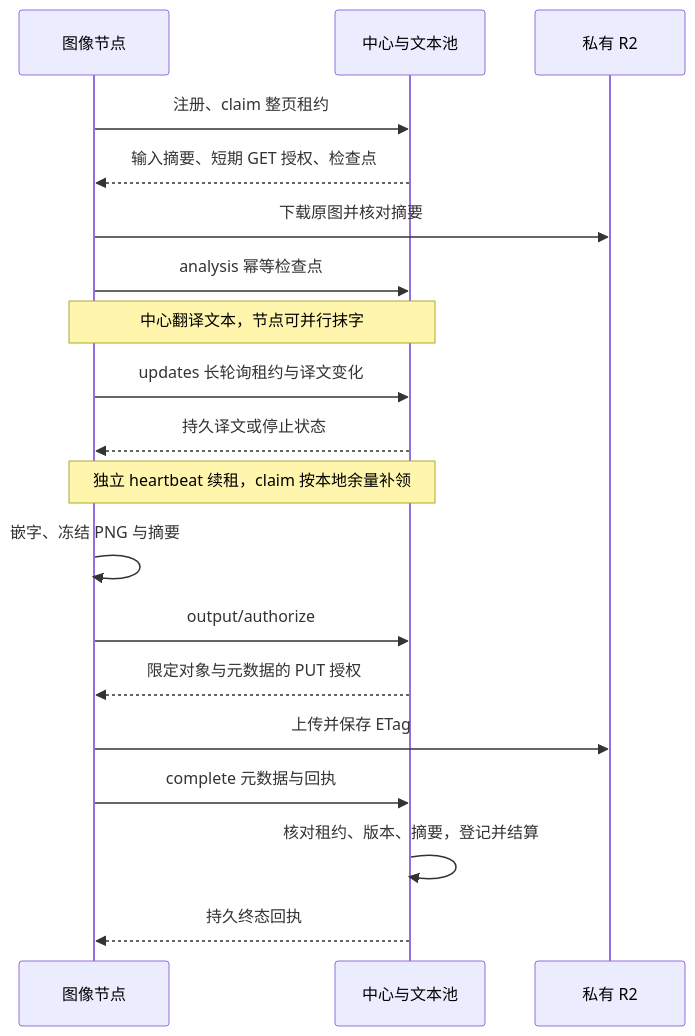
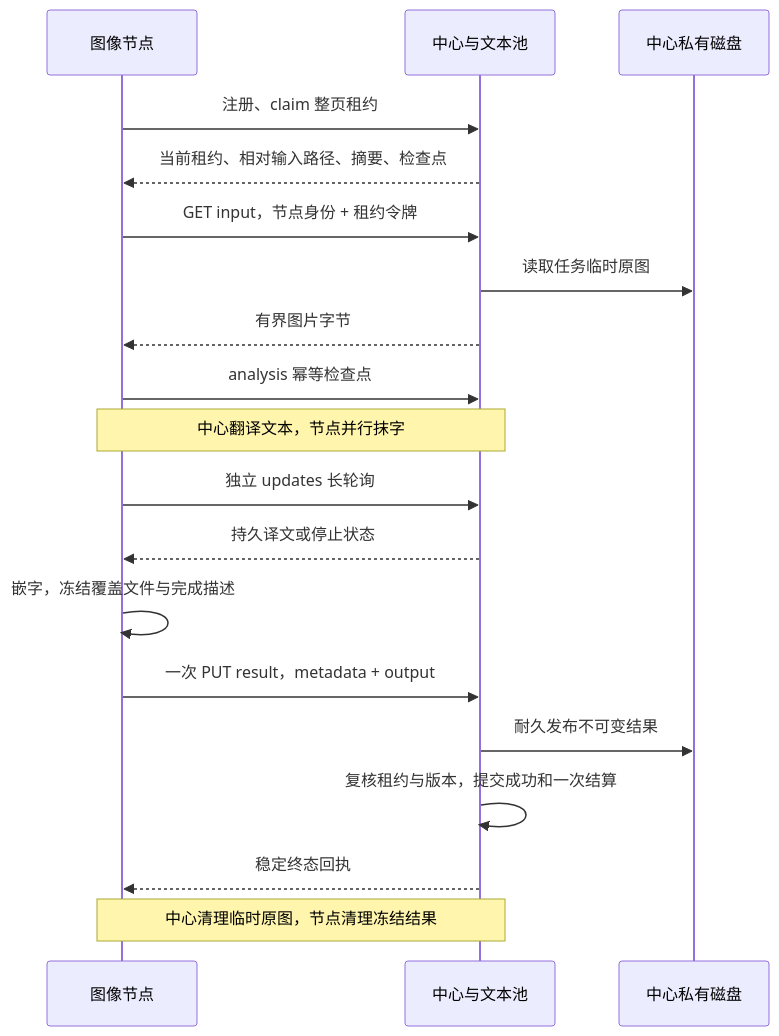
Before and after one commit to Wy2926/node-comics: the diagram in docs/COMPUTE_PROTOCOL.md, drawn with Mermaid. The commit also changed other lines of this file and 277 other files, not shown here.

````diff
--- a/docs/COMPUTE_PROTOCOL.md
+++ b/docs/COMPUTE_PROTOCOL.md
@@ -11,21 +11,21 @@
 ```mermaid
 sequenceDiagram
     participant N as 图像节点
     participant C as 中心与文本池
-    participant S as 私有 R2
+    participant F as 中心私有磁盘
     N->>C: 注册、claim 整页租约
-    C-->>N: 输入摘要、短期 GET 授权、检查点
-    N->>S: 下载原图并核对摘要
+    C-->>N: 当前租约、相对输入路径、摘要、检查点
+    N->>C: GET input，节点身份 + 租约令牌
+    C->>F: 读取任务临时原图
+    C-->>N: 有界图片字节
     N->>C: analysis 幂等检查点
-    Note over N,C: 中心翻译文本，节点可并行抹字
-    N->>C: updates 长轮询租约与译文变化
+    Note over N,C: 中心翻译文本，节点并行抹字
+    N->>C: 独立 updates 长轮询
     C-->>N: 持久译文或停止状态
-    Note over N,C: 独立 heartbeat 续租，claim 按本地余量补领
-    N->>N: 嵌字、冻结 PNG 与摘要
-    N->>C: output/authorize
-    C-->>N: 限定对象与元数据的 PUT 授权
-    N->>S: 上传并保存 ETag
-    N->>C: complete 元数据与回执
-    C->>C: 核对租约、版本、摘要，登记并结算
-    C-->>N: 持久终态回执
+    N->>N: 嵌字，冻结覆盖文件与完成描述
+    N->>C: 一次 PUT result，metadata + output
+    C->>F: 耐久发布不可变结果
+    C->>C: 复核租约与版本，提交成功和一次结算
+    C-->>N: 稳定终态回执
+    Note over N,C: 中心清理临时原图，节点清理冻结结果
 ```
````
